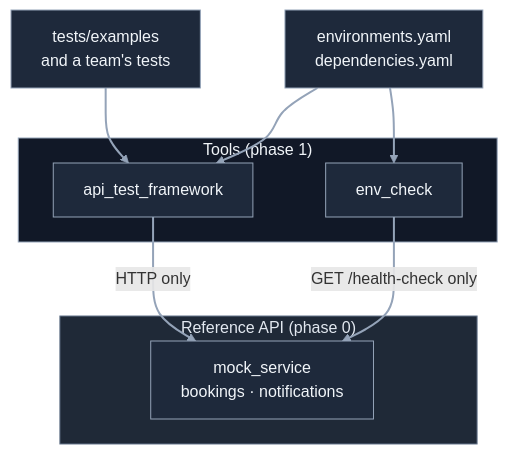
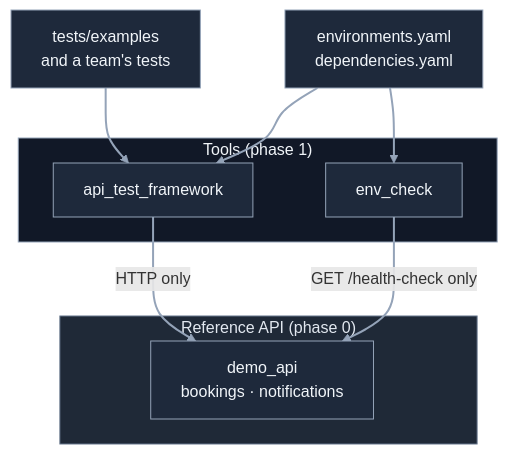
The first of 3 diagrams in docs/lld.md (rahulsharma-qe/api-qa-agent), drawn with Mermaid before and after one commit. The commit also changed other lines of this file and 83 other files, not shown here.

First line of the commit message:
Rename mock_service to demo_api, and the mock environment to demo

````diff
--- a/docs/lld.md
+++ b/docs/lld.md
@@ -61,22 +61,22 @@
 ```mermaid
 flowchart TB
   subgraph REF["Reference API (phase 0)"]
-    MS["mock_service<br/>bookings · notifications"]
+    MS["demo_api<br/>bookings · notifications"]
   end
   subgraph TOOLS["Tools (phase 1)"]
     EC["env_check"]
     FW["api_test_framework"]
   end
   EX["tests/examples<br/>and a team's tests"]
   CFG["environments.yaml<br/>dependencies.yaml"]
   EX --> FW
   FW -->|"HTTP only"| MS
   EC -->|"GET /health-check only"| MS
   CFG --> EC
   CFG --> FW
   classDef box fill:#1e293b,stroke:#94a3b8,color:#f1f5f9
   class MS,EC,FW,EX,CFG box
   style REF fill:#1f2937,stroke:#64748b,color:#e2e8f0
   style TOOLS fill:#111827,stroke:#94a3b8,color:#f1f5f9
   linkStyle default stroke:#94a3b8,stroke-width:2px
 ```
````
